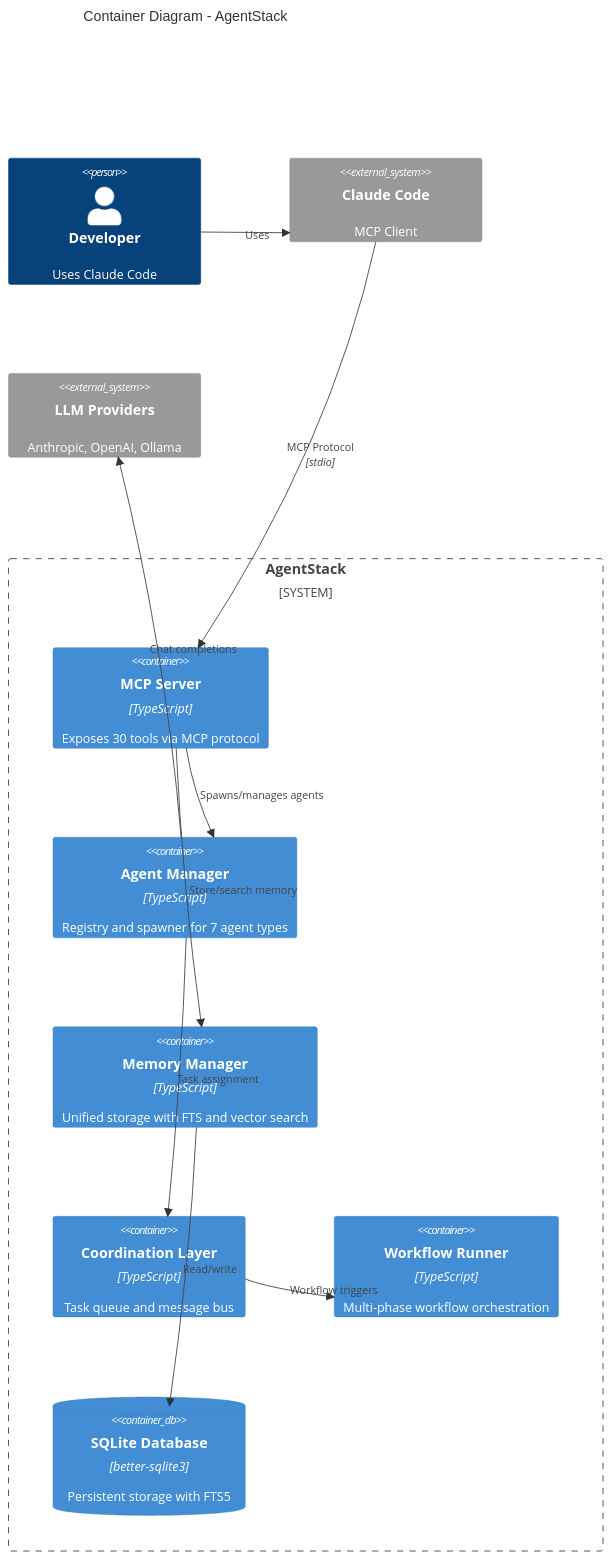
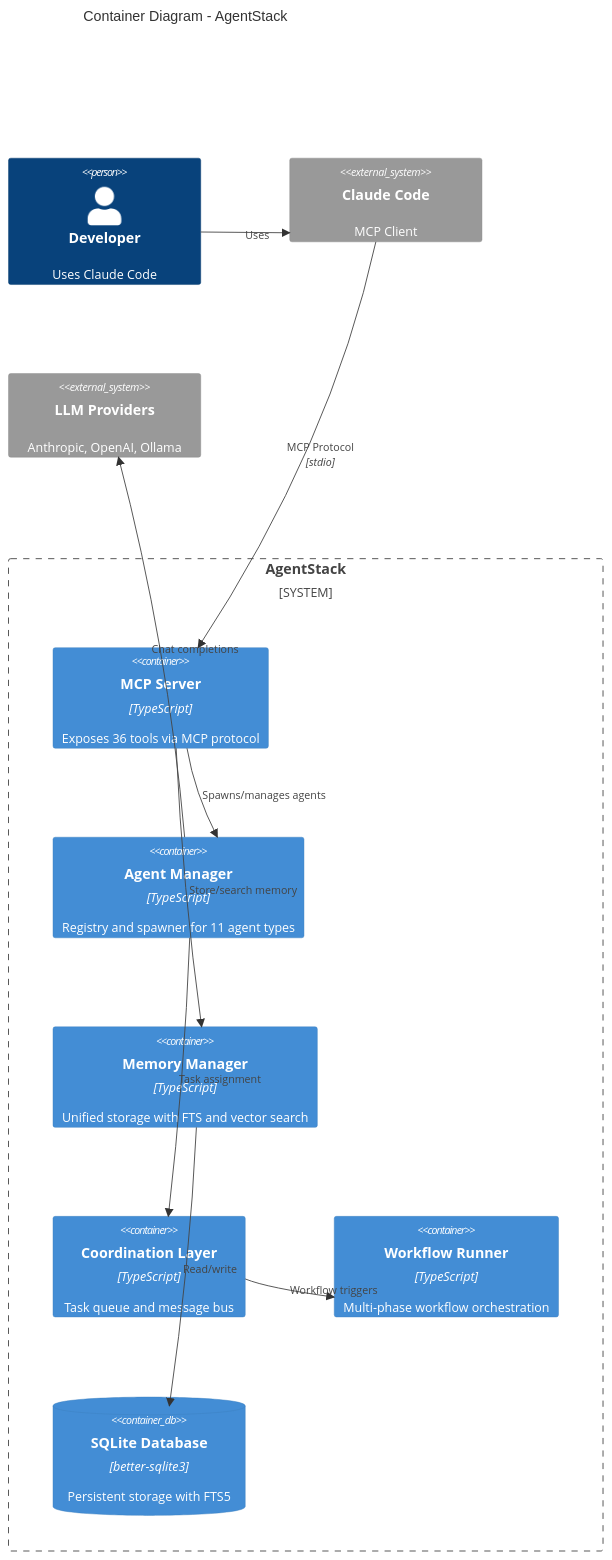
The second of 5 diagrams in docs/ARCHITECTURE.md (blackms/aistack), drawn with Mermaid before and after one commit. The commit also changed other lines of this file and 7 other files, not shown here.

````diff
--- a/docs/ARCHITECTURE.md
+++ b/docs/ARCHITECTURE.md
@@ -41,27 +41,27 @@
 ```mermaid
 C4Container
     title Container Diagram - AgentStack
 
     Person(developer, "Developer", "Uses Claude Code")
 
     System_Boundary(agentstack, "AgentStack") {
-        Container(mcp_server, "MCP Server", "TypeScript", "Exposes 30 tools via MCP protocol")
-        Container(agent_manager, "Agent Manager", "TypeScript", "Registry and spawner for 7 agent types")
+        Container(mcp_server, "MCP Server", "TypeScript", "Exposes 36 tools via MCP protocol")
+        Container(agent_manager, "Agent Manager", "TypeScript", "Registry and spawner for 11 agent types")
         Container(memory_manager, "Memory Manager", "TypeScript", "Unified storage with FTS and vector search")
         Container(coordination, "Coordination Layer", "TypeScript", "Task queue and message bus")
         Container(workflow_runner, "Workflow Runner", "TypeScript", "Multi-phase workflow orchestration")
         ContainerDb(sqlite_db, "SQLite Database", "better-sqlite3", "Persistent storage with FTS5")
     }
 
     System_Ext(claude_code, "Claude Code", "MCP Client")
     System_Ext(llm_providers, "LLM Providers", "Anthropic, OpenAI, Ollama")
 
     Rel(developer, claude_code, "Uses")
     Rel(claude_code, mcp_server, "MCP Protocol", "stdio")
     Rel(mcp_server, agent_manager, "Spawns/manages agents")
     Rel(mcp_server, memory_manager, "Store/search memory")
     Rel(agent_manager, coordination, "Task assignment")
     Rel(coordination, workflow_runner, "Workflow triggers")
     Rel(memory_manager, sqlite_db, "Read/write")
     Rel(agent_manager, llm_providers, "Chat completions")
 ```
````
